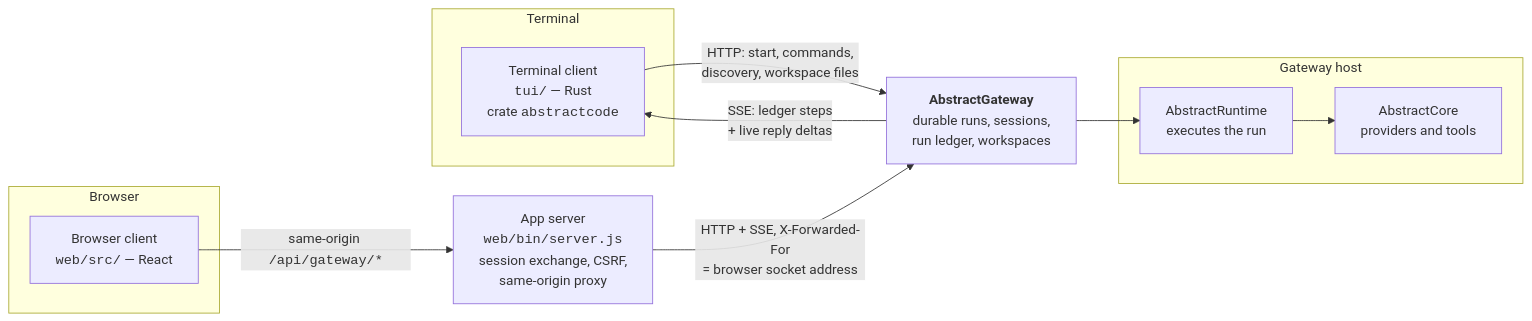
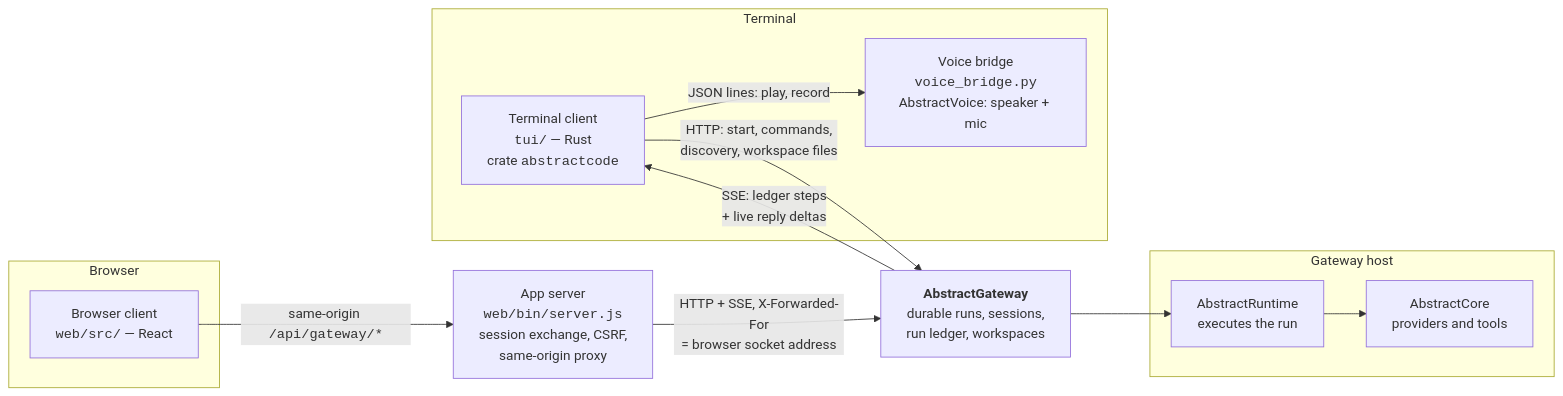
The first of 3 diagrams in docs/architecture.md (lpalbou/AbstractCode), drawn with Mermaid before and after one commit. The commit also changed other lines of this file and 24 other files, not shown here.

Commit message:
Version web 0.11.0 and terminal 0.9.0 (dated 2026-10-04): CHANGELOG sections, kit ^0.8.0 / panel-chat ^0.3.1, AbstractGateway 0.13.0 noted for archive and voice defaults; docs for the rail, archiving, voice and the voice bridge; install hints name abstractframework; llms regenerated

````diff
--- a/docs/architecture.md
+++ b/docs/architecture.md
@@ -9,21 +9,23 @@
 ```mermaid
 flowchart LR
     subgraph term["Terminal"]
         tui["Terminal client<br/><code>tui/</code> — Rust<br/>crate <code>abstractcode</code>"]
+        bridge["Voice bridge<br/><code>voice_bridge.py</code><br/>AbstractVoice: speaker + mic"]
     end
     subgraph browser["Browser"]
         spa["Browser client<br/><code>web/src/</code> — React"]
     end
     proxy["App server<br/><code>web/bin/server.js</code><br/>session exchange, CSRF,<br/>same-origin proxy"]
     gw["<b>AbstractGateway</b><br/>durable runs, sessions,<br/>run ledger, workspaces"]
     subgraph server["Gateway host"]
         rt["AbstractRuntime<br/>executes the run"]
         core["AbstractCore<br/>providers and tools"]
     end
 
     tui -- "HTTP: start, commands,<br/>discovery, workspace files" --> gw
     gw -- "SSE: ledger steps<br/>+ live reply deltas" --> tui
     spa -- "same-origin <code>/api/gateway/*</code>" --> proxy
     proxy -- "HTTP + SSE, X-Forwarded-For<br/>= browser socket address" --> gw
     gw --> rt --> core
+    tui -- "JSON lines: play, record" --> bridge
 ```
````
